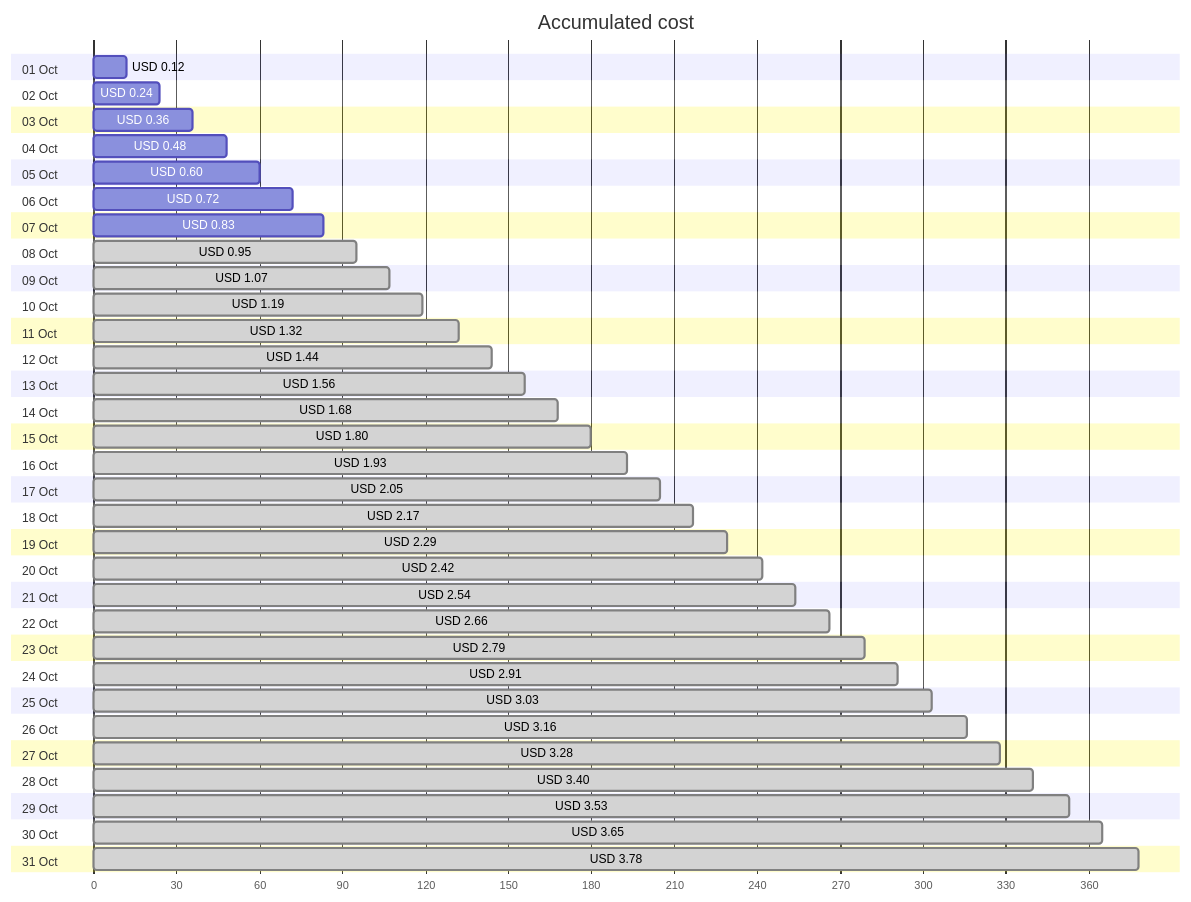
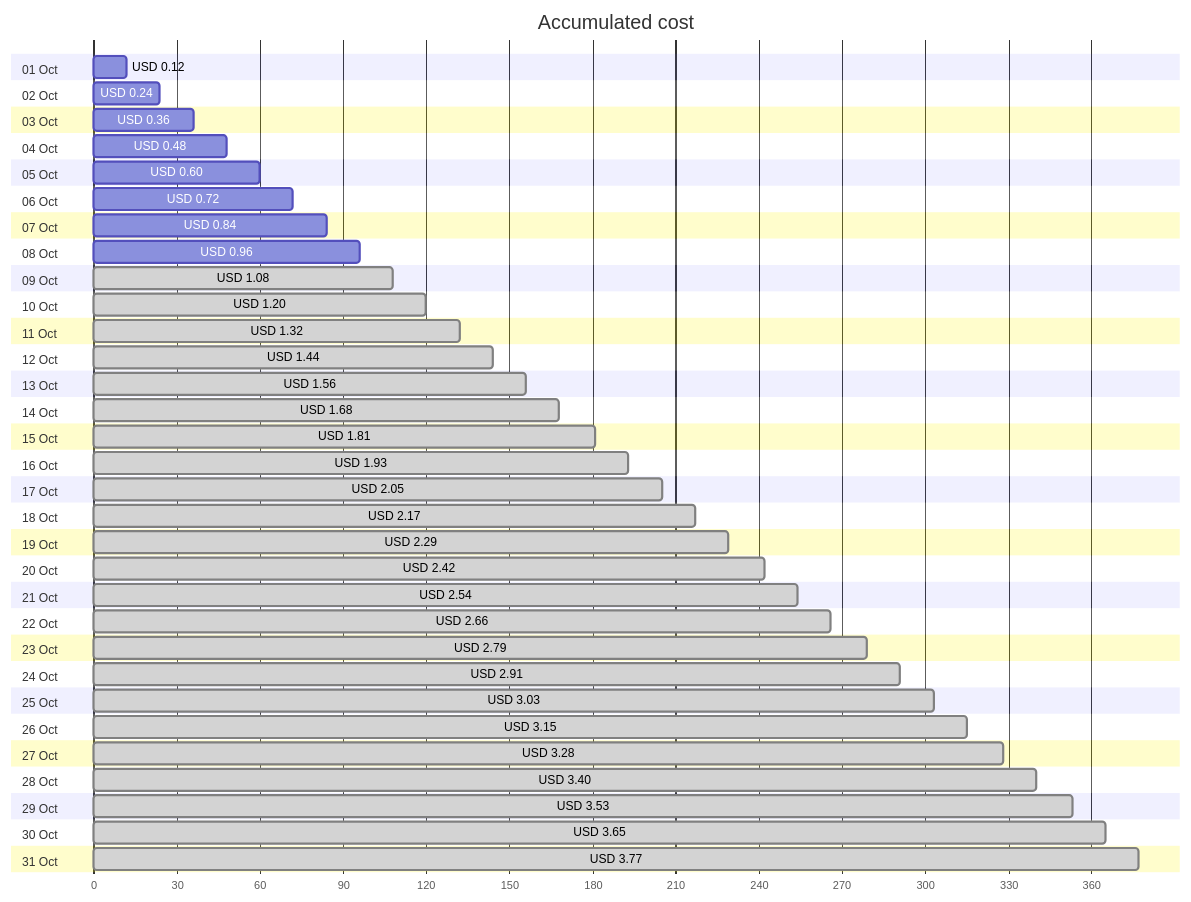
The first of 4 diagrams in cost-reports/personal-network/backup-server-public-ip.md (jpfulton/azure-personal-reports), drawn with Mermaid before and after one commit. The commit also changed other lines of this file and 8 other files, not shown here.

````diff
--- a/cost-reports/personal-network/backup-server-public-ip.md
+++ b/cost-reports/personal-network/backup-server-public-ip.md
@@ -20,68 +20,68 @@
 ```mermaid
 gantt
    title Accumulated cost
    dateFormat  X
    axisFormat %s
    section 01 Oct
    USD 0.12 :0, 12
    section 02 Oct
    USD 0.24 :0, 24
    section 03 Oct
    USD 0.36 :0, 36
    section 04 Oct
    USD 0.48 :0, 48
    section 05 Oct
    USD 0.60 :0, 60
    section 06 Oct
    USD 0.72 :0, 72
    section 07 Oct
-   USD 0.83 :0, 83
+   USD 0.84 :0, 84
    section 08 Oct
-   USD 0.95 : done, 0, 95
+   USD 0.96 :0, 96
    section 09 Oct
-   USD 1.07 : done, 0, 107
+   USD 1.08 : done, 0, 108
    section 10 Oct
-   USD 1.19 : done, 0, 119
+   USD 1.20 : done, 0, 120
    section 11 Oct
    USD 1.32 : done, 0, 132
    section 12 Oct
    USD 1.44 : done, 0, 144
    section 13 Oct
    USD 1.56 : done, 0, 156
    section 14 Oct
    USD 1.68 : done, 0, 168
    section 15 Oct
-   USD 1.80 : done, 0, 180
+   USD 1.81 : done, 0, 181
    section 16 Oct
    USD 1.93 : done, 0, 193
    section 17 Oct
    USD 2.05 : done, 0, 205
    section 18 Oct
    USD 2.17 : done, 0, 217
    section 19 Oct
    USD 2.29 : done, 0, 229
    section 20 Oct
    USD 2.42 : done, 0, 242
    section 21 Oct
    USD 2.54 : done, 0, 254
    section 22 Oct
    USD 2.66 : done, 0, 266
    section 23 Oct
    USD 2.79 : done, 0, 279
    section 24 Oct
    USD 2.91 : done, 0, 291
    section 25 Oct
    USD 3.03 : done, 0, 303
    section 26 Oct
-   USD 3.16 : done, 0, 316
+   USD 3.15 : done, 0, 315
    section 27 Oct
    USD 3.28 : done, 0, 328
    section 28 Oct
    USD 3.40 : done, 0, 340
    section 29 Oct
    USD 3.53 : done, 0, 353
    section 30 Oct
    USD 3.65 : done, 0, 365
    section 31 Oct
-   USD 3.78 : done, 0, 378
+   USD 3.77 : done, 0, 377
 ```
````
